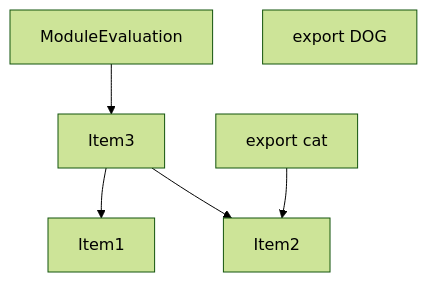
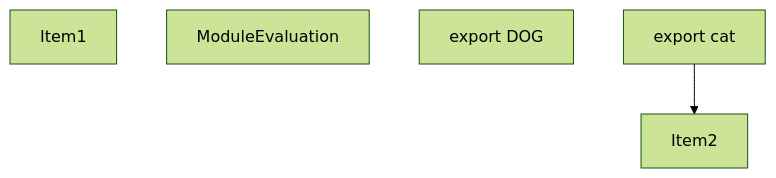
One commit to vercel/turborepo changed the fourth of 5 diagrams in crates/turbopack-ecmascript/tests/tree-shaker/analyzer/multi-export/output.md. Above: the diagram before and after it, drawn with Mermaid (forest theme). The commit also changed other lines of this file and 3 other files, not shown here.

````diff
--- a/crates/turbopack-ecmascript/tests/tree-shaker/analyzer/multi-export/output.md
+++ b/crates/turbopack-ecmascript/tests/tree-shaker/analyzer/multi-export/output.md
@@ -79,16 +62,12 @@
 ```mermaid
 graph TD
     Item1;
     Item2;
     Item3;
+    Item3["ModuleEvaluation"];
     Item4;
-    Item4["ModuleEvaluation"];
+    Item4["export DOG"];
     Item5;
-    Item5["export DOG"];
-    Item6;
-    Item6["export cat"];
-    Item3 --> Item1;
-    Item3 --> Item2;
-    Item4 --> Item3;
-    Item6 --> Item2;
+    Item5["export cat"];
+    Item5 --> Item2;
 ```
````
